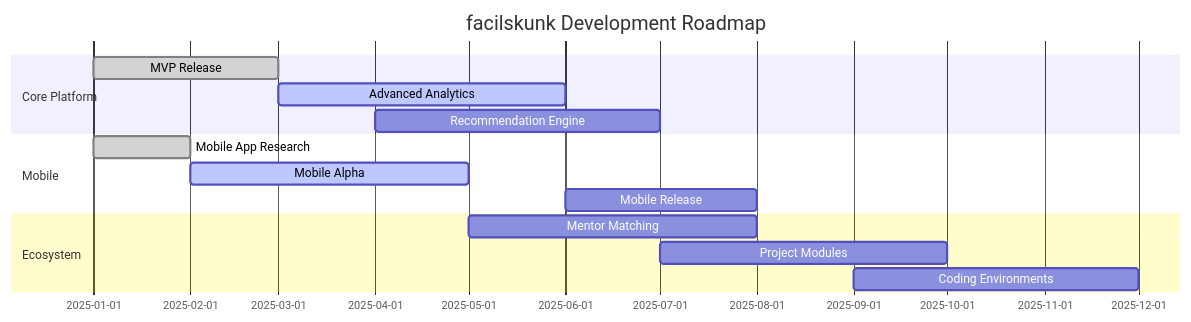
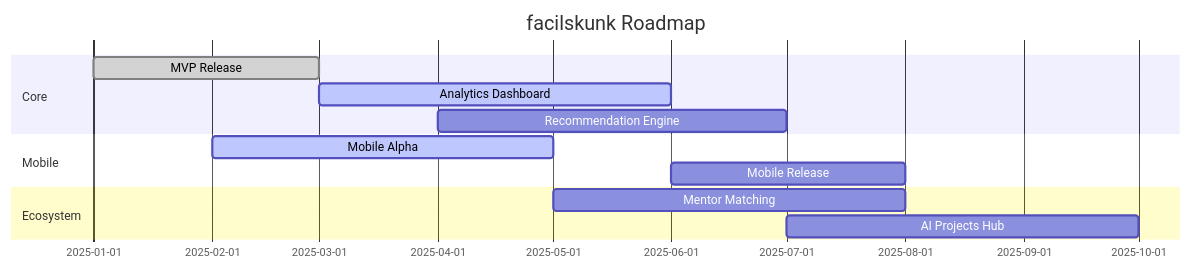
The diagram in README.md (skunkworks-io/facilskunk), drawn with Mermaid before and after one commit. The commit also changed other lines of this file, not shown here.

````diff
--- a/README.md
+++ b/README.md
@@ -172,17 +165,15 @@
 ```mermaid
 gantt
-    title facilskunk Development Roadmap
+    title facilskunk Roadmap
     dateFormat  YYYY-MM
-    section Core Platform
+    section Core
     MVP Release             :done,    mvp, 2025-01, 2025-03
-    Advanced Analytics      :active,  ana, 2025-03, 2025-06
+    Analytics Dashboard     :active,  ana, 2025-03, 2025-06
     Recommendation Engine   :         rec, 2025-04, 2025-07
     section Mobile
-    Mobile App Research     :done,    mar, 2025-01, 2025-02
     Mobile Alpha            :active,  maa, 2025-02, 2025-05
     Mobile Release          :         mob, 2025-06, 2025-08
     section Ecosystem
     Mentor Matching         :         men, 2025-05, 2025-08
-    Project Modules         :         prj, 2025-07, 2025-10
-    Coding Environments     :         cod, 2025-09, 2025-12
+    AI Projects Hub         :         prj, 2025-07, 2025-10
 ```
````
